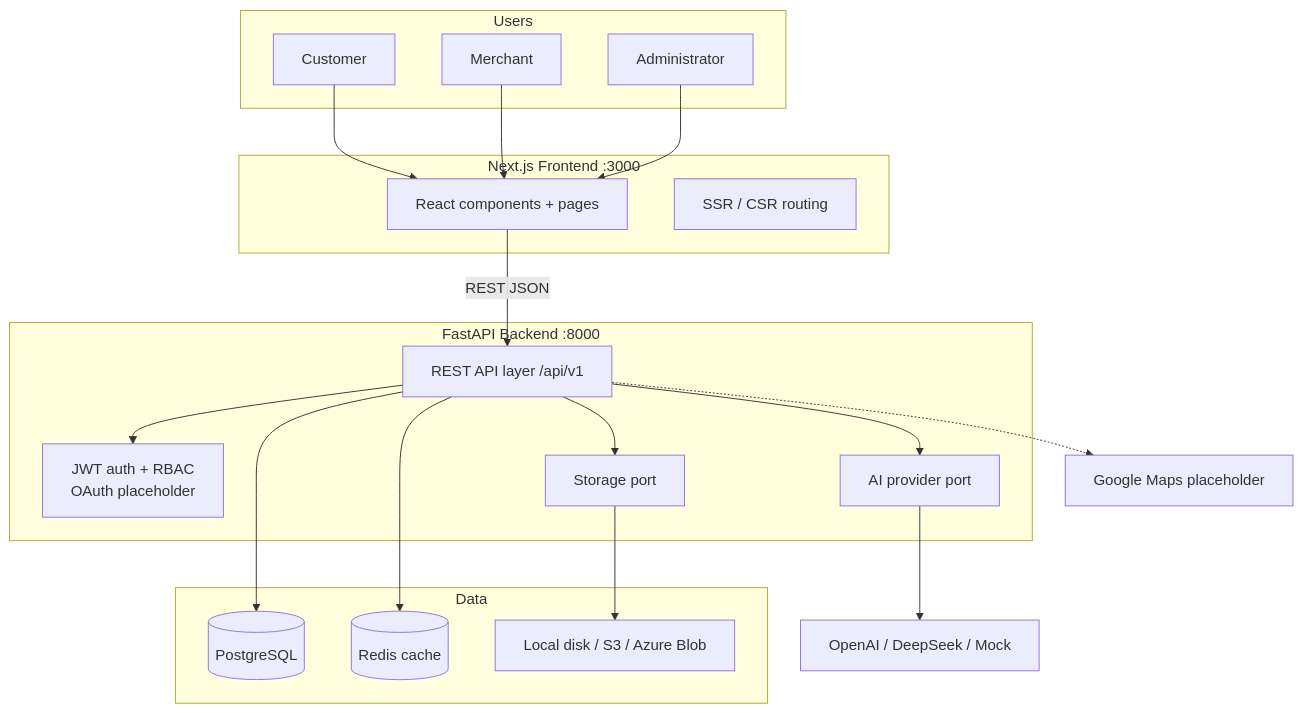
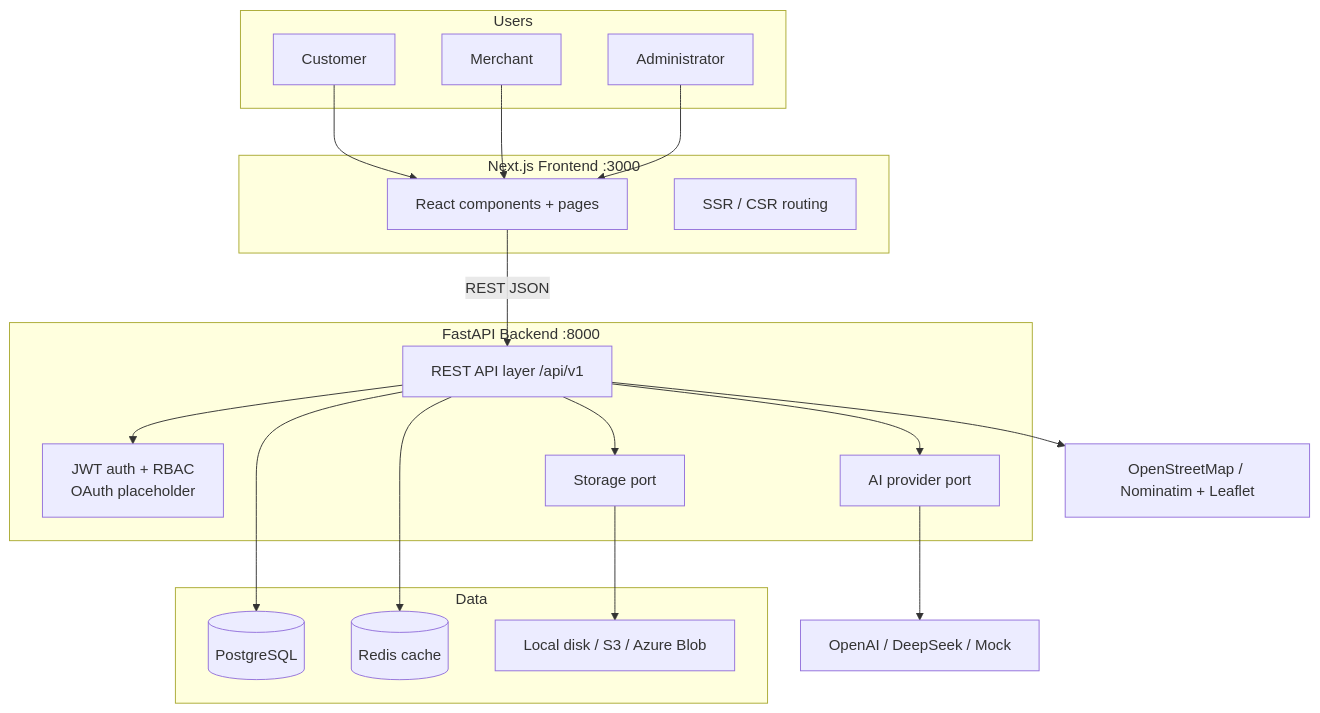
The third of 16 diagrams in README.md (krishnaviswa/MEngPlat), drawn with Mermaid before and after one commit. The commit also changed other lines of this file and 25 other files, not shown here.

````diff
--- a/README.md
+++ b/README.md
@@ -203,39 +203,39 @@
 ```mermaid
 flowchart TB
     subgraph Users
         C[Customer]
         M[Merchant]
         A[Administrator]
     end
 
     subgraph Frontend["Next.js Frontend :3000"]
         UI[React components + pages]
         SSR[SSR / CSR routing]
     end
 
     subgraph Backend["FastAPI Backend :8000"]
         API[REST API layer /api/v1]
         AUTH[JWT auth + RBAC<br/>OAuth placeholder]
         AI[AI provider port]
         STORAGE[Storage port]
     end
 
     subgraph Data
         PG[(PostgreSQL)]
         RD[(Redis cache)]
         FS[Local disk / S3 / Azure Blob]
     end
 
     C --> UI
     M --> UI
     A --> UI
     UI -->|REST JSON| API
     API --> AUTH
     API --> PG
     API --> RD
     API --> AI
     API --> STORAGE
     STORAGE --> FS
     AI --> LLM[OpenAI / DeepSeek / Mock]
-    API -.-> Maps[Google Maps placeholder]
+    API --> Maps[OpenStreetMap / Nominatim + Leaflet]
 ```
````
